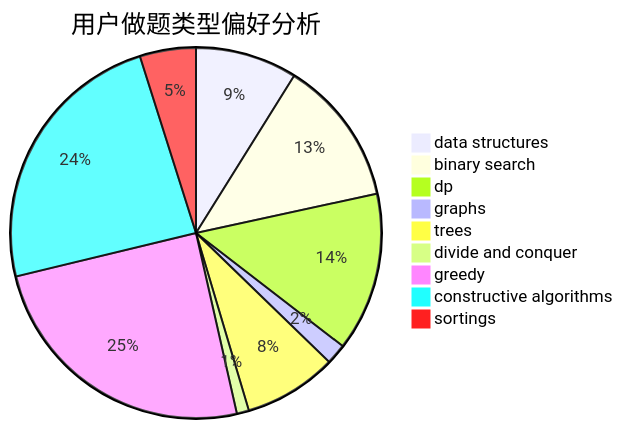
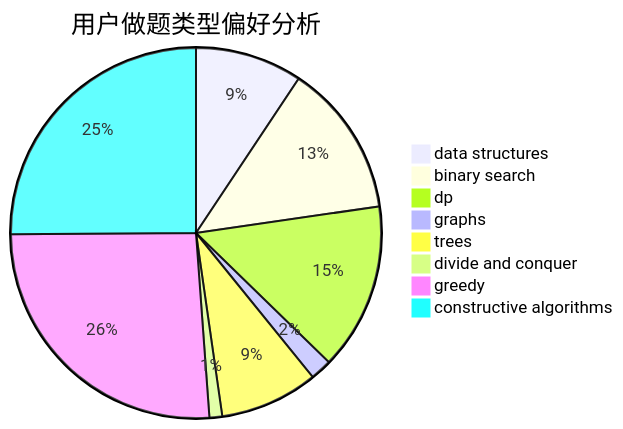
One commit to sherpahu/cfrs.github.io changed the second of 3 diagrams in docs/user/u139.md. Above: the diagram before and after it, drawn with Mermaid. The commit also changed other lines of this file and 2769 other files, not shown here.

````diff
--- a/docs/user/u139.md
+++ b/docs/user/u139.md
@@ -18,12 +18,11 @@
 ```mermaid
 pie title 用户做题类型偏好分析
     "data structures" :  109
     "binary search" :  156
     "dp" :  170
     "graphs" :  22
     "trees" :  100
     "divide and conquer" :  13
     "greedy" :  304
     "constructive algorithms" :  293
-    "sortings" :  60
 ```
````
